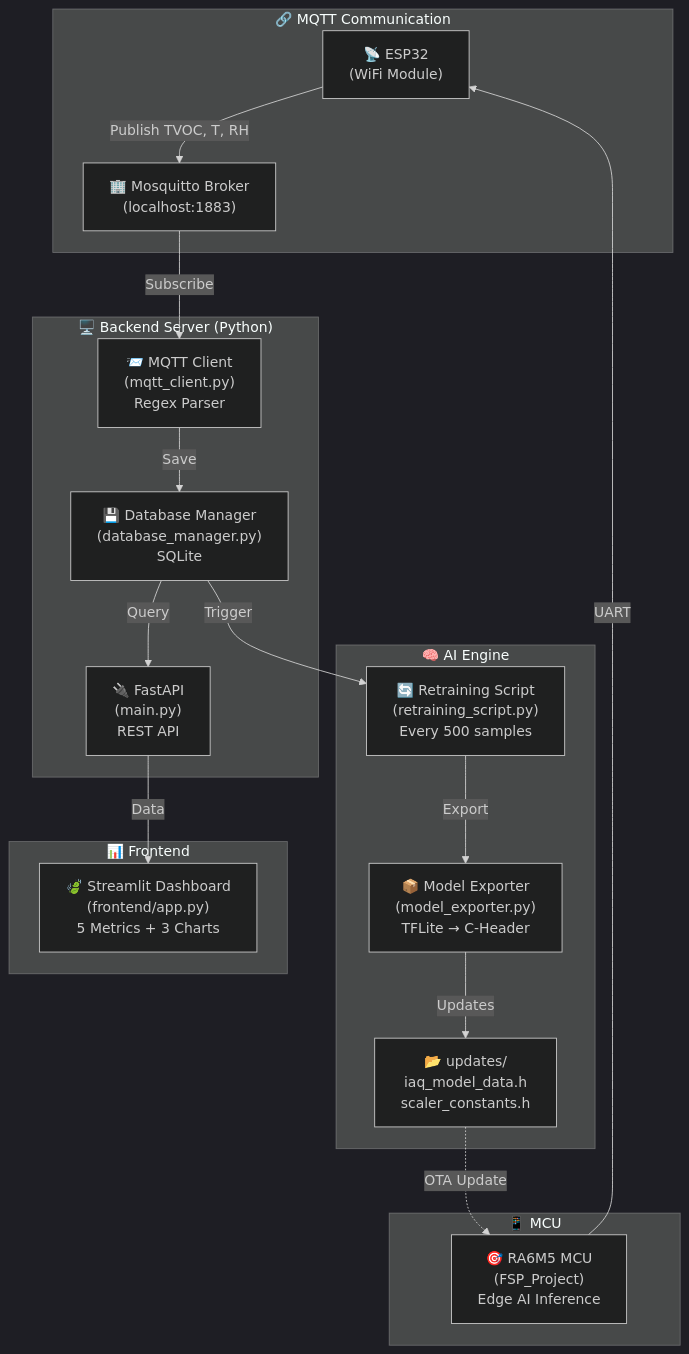
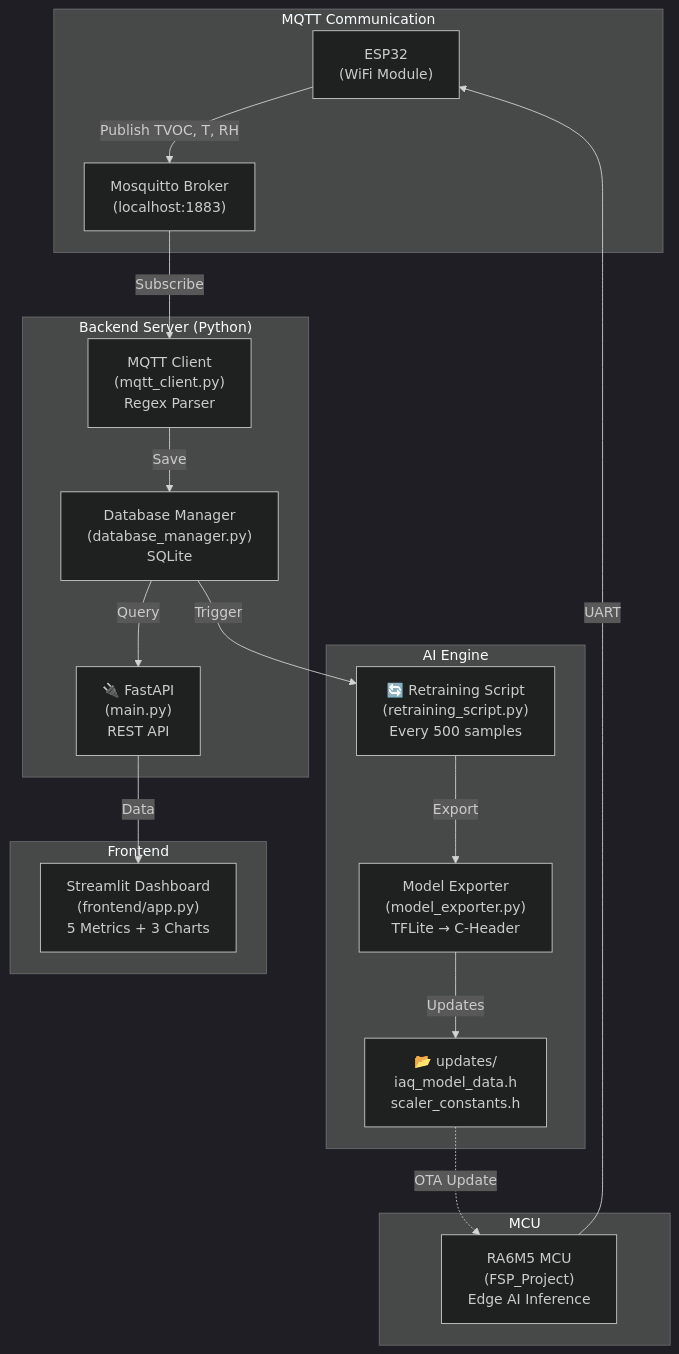
Before and after one commit to LarryVan-engin/Embedded-Project: the first of 5 diagrams in README.md, drawn with Mermaid (dark theme). The commit also changed other lines of this file and 2 other files, not shown here.

````diff
--- a/README.md
+++ b/README.md
@@ -260,38 +260,38 @@
 ```mermaid
 graph TB
-    subgraph "🔗 MQTT Communication"
-        ESP32["📡 ESP32<br/>(WiFi Module)"]
-        BROKER["🏢 Mosquitto Broker<br/>(localhost:1883)"]
+    subgraph " MQTT Communication"
+        ESP32[" ESP32<br/>(WiFi Module)"]
+        BROKER[" Mosquitto Broker<br/>(localhost:1883)"]
         ESP32 -->|Publish TVOC, T, RH| BROKER
     end
 
-    subgraph "🖥️ Backend Server (Python)"
-        MQTT_CLIENT["📨 MQTT Client<br/>(mqtt_client.py)<br/>Regex Parser"]
-        DB_MGR["💾 Database Manager<br/>(database_manager.py)<br/>SQLite"]
+    subgraph " Backend Server (Python)"
+        MQTT_CLIENT[" MQTT Client<br/>(mqtt_client.py)<br/>Regex Parser"]
+        DB_MGR[" Database Manager<br/>(database_manager.py)<br/>SQLite"]
         API["🔌 FastAPI<br/>(main.py)<br/>REST API"]
         
         BROKER -->|Subscribe| MQTT_CLIENT
         MQTT_CLIENT -->|Save| DB_MGR
         DB_MGR -->|Query| API
     end
 
-    subgraph "🧠 AI Engine"
+    subgraph " AI Engine"
         RETRAIN["🔄 Retraining Script<br/>(retraining_script.py)<br/>Every 500 samples"]
-        EXPORTER["📦 Model Exporter<br/>(model_exporter.py)<br/>TFLite → C-Header"]
+        EXPORTER[" Model Exporter<br/>(model_exporter.py)<br/>TFLite → C-Header"]
         
         DB_MGR -->|Trigger| RETRAIN
         RETRAIN -->|Export| EXPORTER
         EXPORTER -->|Updates| UPDATES["📂 updates/<br/>iaq_model_data.h<br/>scaler_constants.h"]
     end
 
-    subgraph "📊 Frontend"
-        DASHBOARD["🍃 Streamlit Dashboard<br/>(frontend/app.py)<br/>5 Metrics + 3 Charts"]
+    subgraph " Frontend"
+        DASHBOARD[" Streamlit Dashboard<br/>(frontend/app.py)<br/>5 Metrics + 3 Charts"]
         API -->|Data| DASHBOARD
     end
 
-    subgraph "📱 MCU"
-        MCU["🎯 RA6M5 MCU<br/>(FSP_Project)<br/>Edge AI Inference"]
+    subgraph " MCU"
+        MCU[" RA6M5 MCU<br/>(FSP_Project)<br/>Edge AI Inference"]
         UPDATES -.->|OTA Update| MCU
         MCU -->|UART| ESP32
     end
 ```
````
